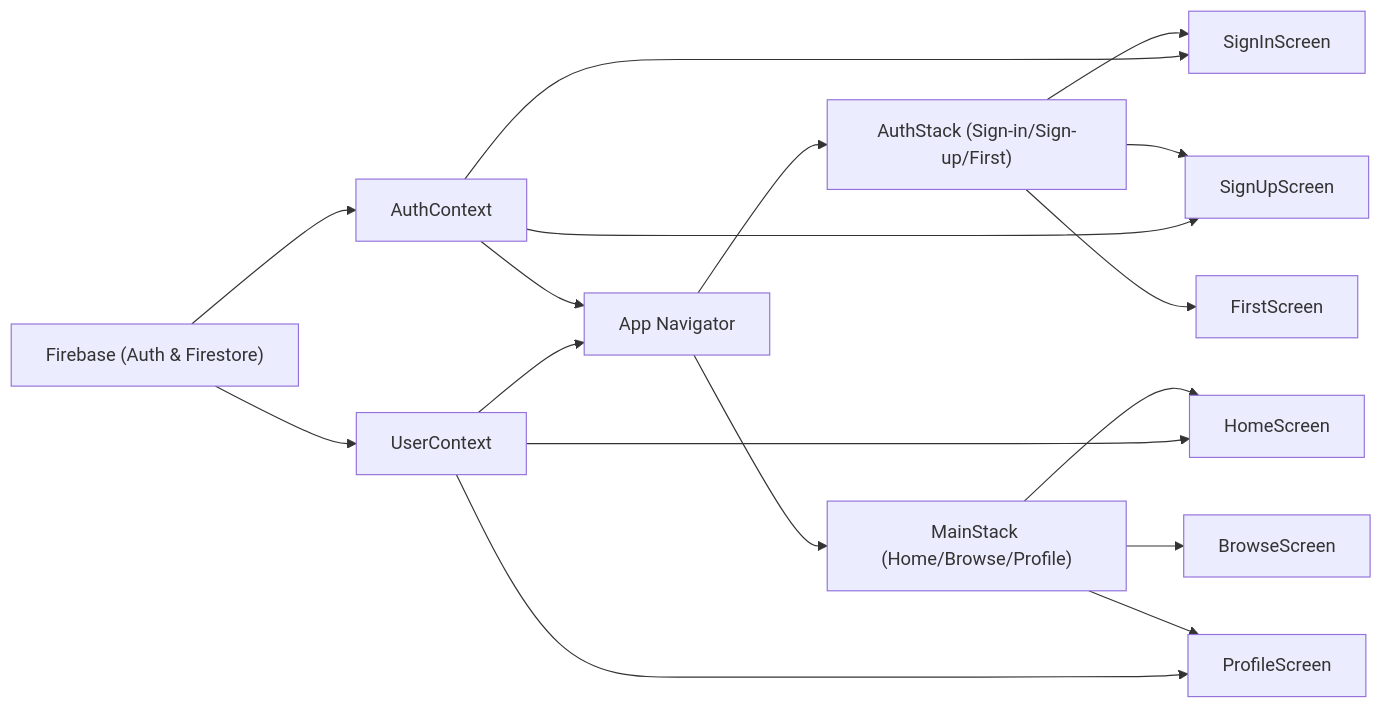
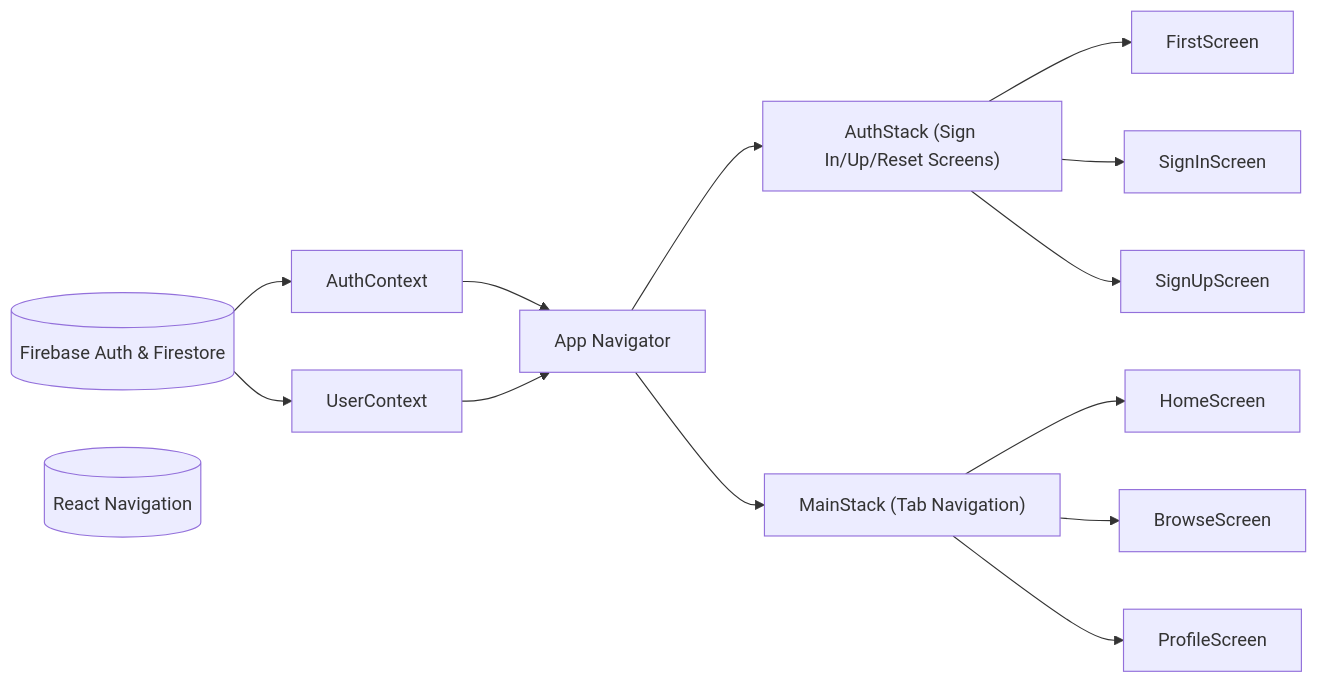
Before and after one commit to lucasboucher/Expo-Firebase-Boiler-Plate-2: the diagram in .shelfya/guide/architecture.md, drawn with Mermaid. The commit also changed other lines of this file and 7 other files, not shown here.

````diff
--- a/.shelfya/guide/architecture.md
+++ b/.shelfya/guide/architecture.md
@@ -71,23 +62,17 @@
 ```mermaid
 flowchart LR
-  firebase["Firebase (Auth & Firestore)"] --> AuthContext["AuthContext"]
+  firebase[("Firebase Auth & Firestore")]
+  navigation[("React Navigation")]
+  firebase --> AuthContext["AuthContext"]
   firebase --> UserContext["UserContext"]
-
   AuthContext --> AppNavigator["App Navigator"]
   UserContext --> AppNavigator
-
-  AppNavigator --> AuthStack["AuthStack (Sign-in/Sign-up/First)"]
-  AppNavigator --> MainStack["MainStack (Home/Browse/Profile)"]
-
+  AppNavigator --> AuthStack["AuthStack (Sign In/Up/Reset Screens)"]
+  AppNavigator --> MainStack["MainStack (Tab Navigation)"]
   MainStack --> HomeScreen["HomeScreen"]
   MainStack --> BrowseScreen["BrowseScreen"]
   MainStack --> ProfileScreen["ProfileScreen"]
+  AuthStack --> FirstScreen["FirstScreen"]
   AuthStack --> SignInScreen["SignInScreen"]
   AuthStack --> SignUpScreen["SignUpScreen"]
-  AuthStack --> FirstScreen["FirstScreen"]
-  
-  AuthContext --> SignInScreen
-  AuthContext --> SignUpScreen
-  UserContext --> HomeScreen
-  UserContext --> ProfileScreen
 ```
````
